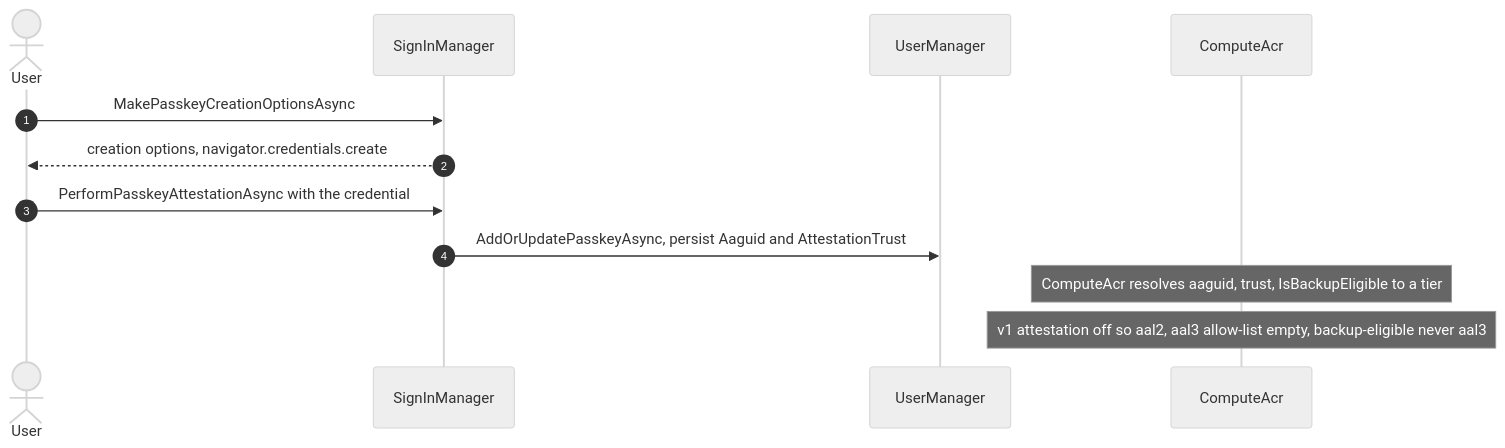
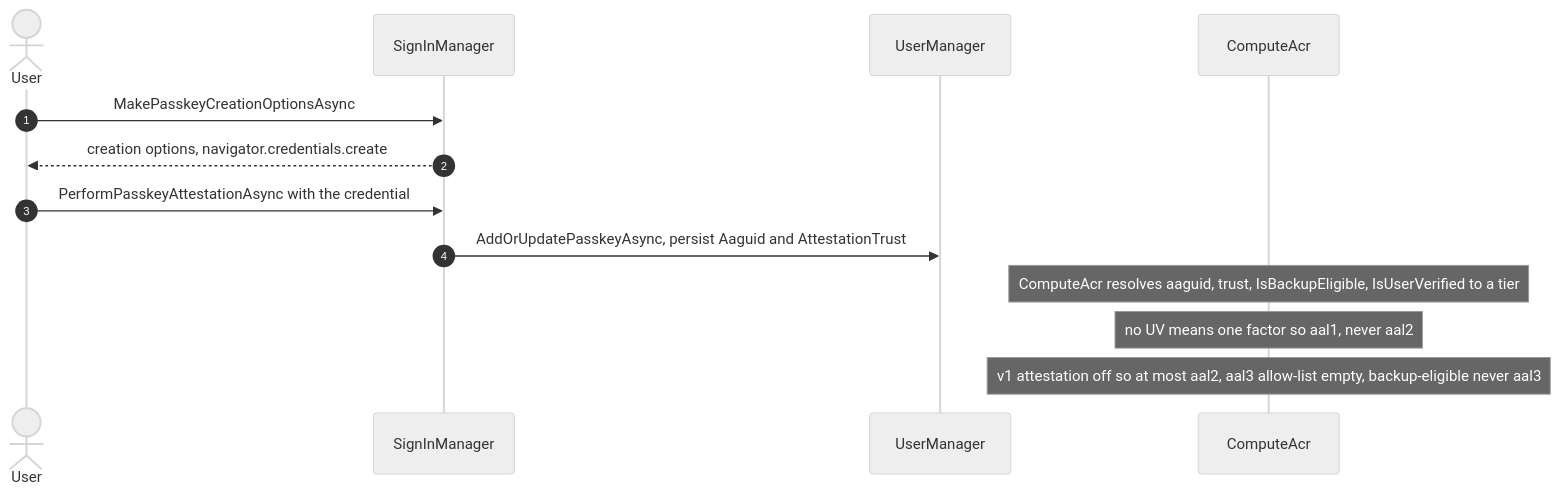
Before and after one commit to namphuongtran/nami: the second of 8 diagrams in docs/design/08-user-management.md, drawn with Mermaid (neutral theme). The commit also changed other lines of this file and 3 other files, not shown here.

First line of the commit message:
docs: score a passkey aal2 only when the assertion carried user verification

````diff
--- a/docs/design/08-user-management.md
+++ b/docs/design/08-user-management.md
@@ -191,14 +228,15 @@
 ```mermaid
 sequenceDiagram
   autonumber
   actor U as User
   participant SM as SignInManager
   participant UM as UserManager
   participant CP as ComputeAcr
   U->>SM: MakePasskeyCreationOptionsAsync
   SM-->>U: creation options, navigator.credentials.create
   U->>SM: PerformPasskeyAttestationAsync with the credential
   SM->>UM: AddOrUpdatePasskeyAsync, persist Aaguid and AttestationTrust
-  Note over CP: ComputeAcr resolves aaguid, trust, IsBackupEligible to a tier
-  Note over CP: v1 attestation off so aal2, aal3 allow-list empty, backup-eligible never aal3
+  Note over CP: ComputeAcr resolves aaguid, trust, IsBackupEligible, IsUserVerified to a tier
+  Note over CP: no UV means one factor so aal1, never aal2
+  Note over CP: v1 attestation off so at most aal2, aal3 allow-list empty, backup-eligible never aal3
 ```
````
